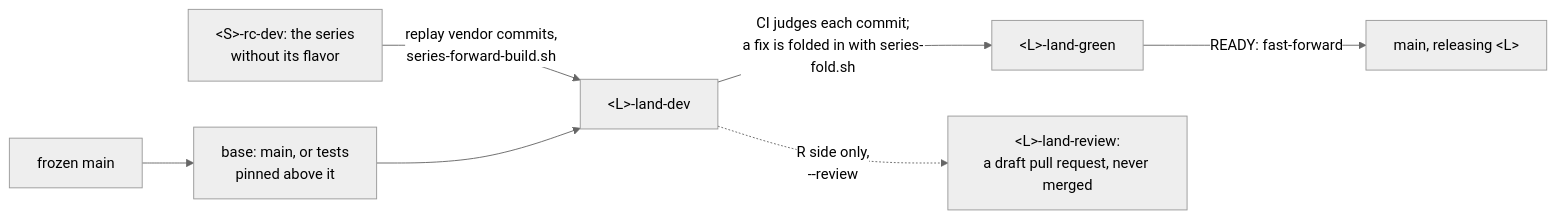
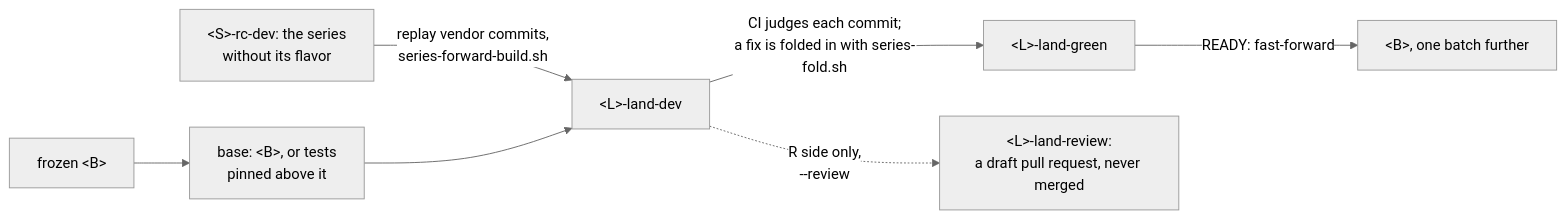
Before and after one commit to duckdb/duckdb-r: the diagram in .claude/skills/series-land/SKILL.md, drawn with Mermaid (neutral theme). The commit also changed other lines of this file and 39 other files, not shown here.

````diff
--- a/.claude/skills/series-land/SKILL.md
+++ b/.claude/skills/series-land/SKILL.md
@@ -27,9 +45,9 @@
 ```mermaid
 flowchart LR
-  F["frozen main"] --> B["base: main, or tests<br>pinned above it"]
+  F["frozen #60;B#62;"] --> B["base: #60;B#62;, or tests<br>pinned above it"]
   RC["#60;S#62;-rc-dev: the series<br>without its flavor"] -->|"replay vendor commits,<br>series-forward-build.sh"| LD["#60;L#62;-land-dev"]
   B --> LD
   LD -->|"CI judges each commit;<br>a fix is folded in with series-fold.sh"| LG["#60;L#62;-land-green"]
-  LG -->|"READY: fast-forward"| M2["main, releasing #60;L#62;"]
+  LG -->|"READY: fast-forward"| M2["#60;B#62;, one batch further"]
   LD -.->|"R side only,<br>--review"| R["#60;L#62;-land-review:<br>a draft pull request, never merged"]
 ```
````
